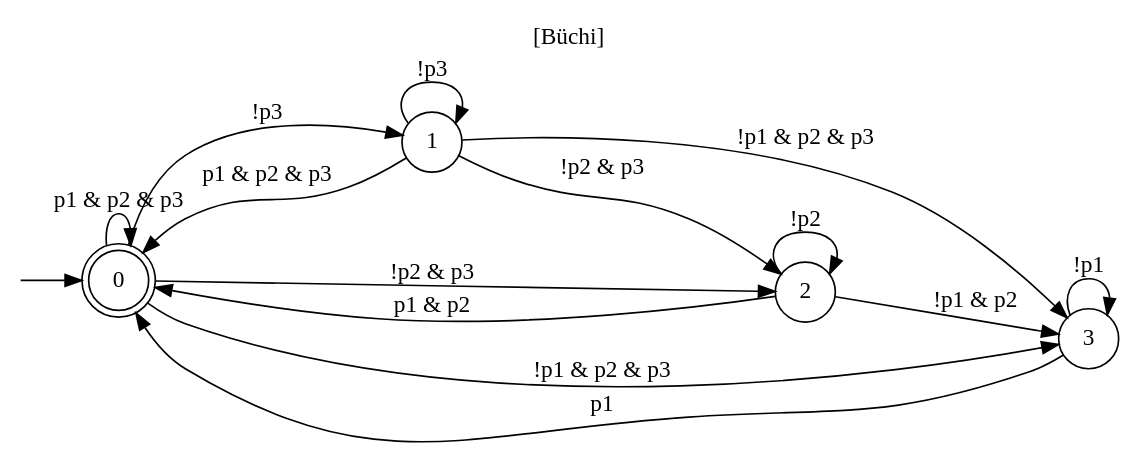
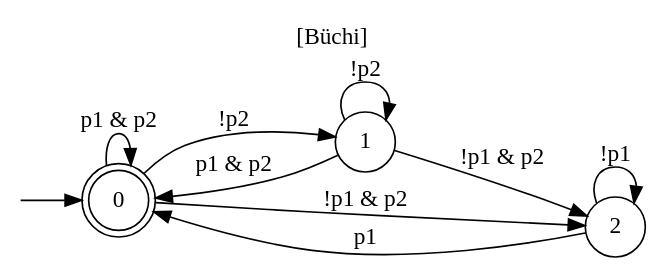
Before and after one commit to jrourke48/HMRTA_TS_GENERATION: the diagram in Automatons/output/buchi_automaton_tree_test.dot, drawn with Graphviz. The commit also changed 13 other files, not shown here.

```diff
--- a/Automatons/output/buchi_automaton_tree_test.dot
+++ b/Automatons/output/buchi_automaton_tree_test.dot
@@ -1,25 +1,19 @@
 digraph "" {
   rankdir=LR
   label="[Büchi]"
   labelloc="t"
   node [shape="circle"]
   I [label="", style=invis, width=0]
   I -> 0
   0 [label="0", peripheries=2]
-  0 -> 0 [label="p1 & p2 & p3"]
-  0 -> 1 [label="!p3"]
-  0 -> 2 [label="!p2 & p3"]
-  0 -> 3 [label="!p1 & p2 & p3"]
+  0 -> 0 [label="p1 & p2"]
+  0 -> 1 [label="!p2"]
+  0 -> 2 [label="!p1 & p2"]
   1 [label="1"]
-  1 -> 0 [label="p1 & p2 & p3"]
-  1 -> 1 [label="!p3"]
-  1 -> 2 [label="!p2 & p3"]
-  1 -> 3 [label="!p1 & p2 & p3"]
+  1 -> 0 [label="p1 & p2"]
+  1 -> 1 [label="!p2"]
+  1 -> 2 [label="!p1 & p2"]
   2 [label="2"]
-  2 -> 0 [label="p1 & p2"]
-  2 -> 2 [label="!p2"]
-  2 -> 3 [label="!p1 & p2"]
-  3 [label="3"]
-  3 -> 0 [label="p1"]
-  3 -> 3 [label="!p1"]
+  2 -> 0 [label="p1"]
+  2 -> 2 [label="!p1"]
 }
```
